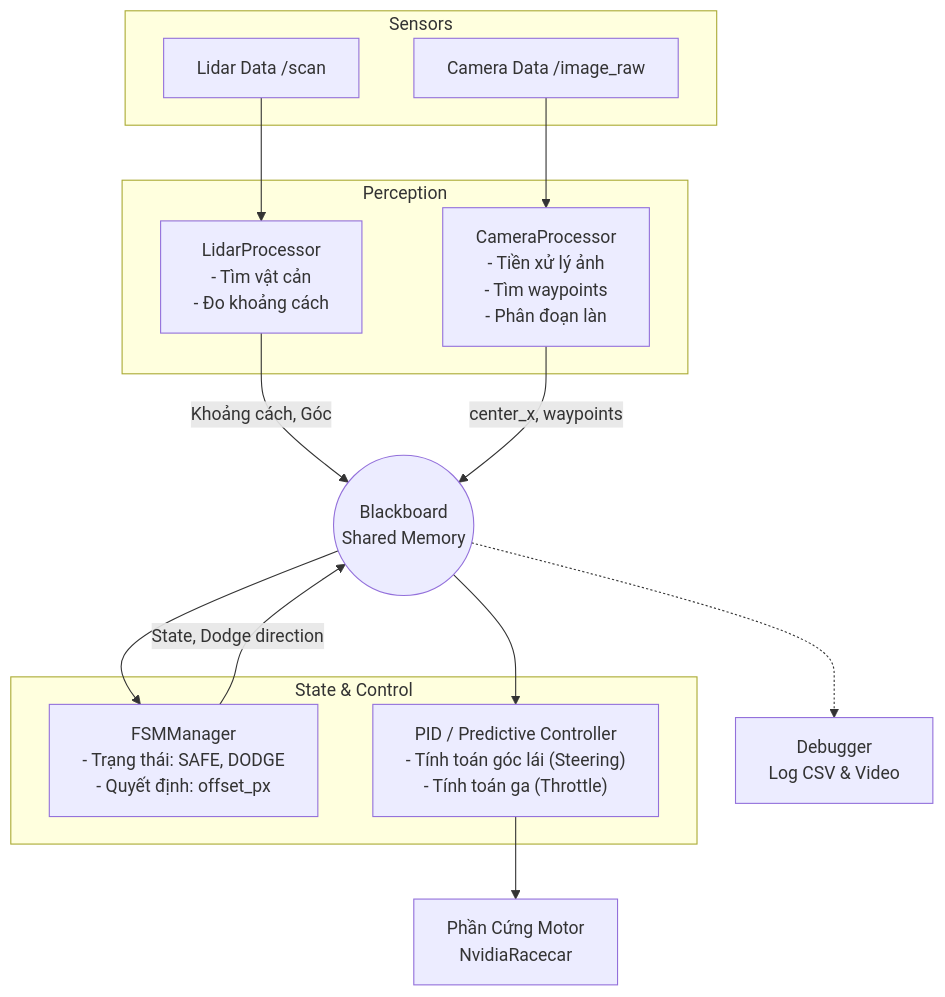
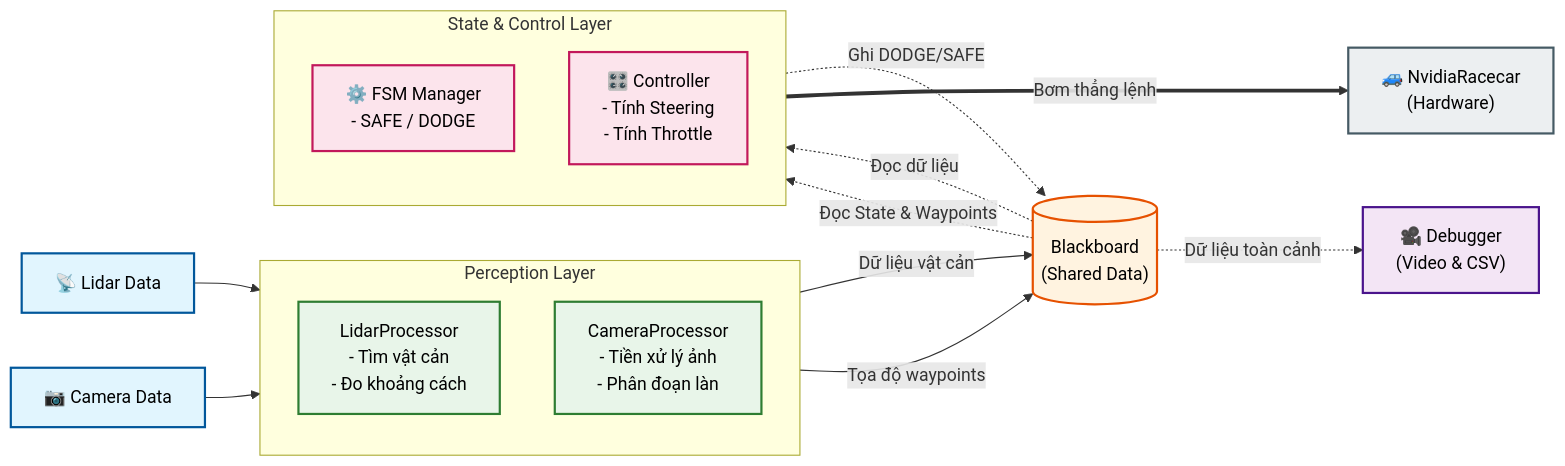
Before and after one commit to Tung-pro123/PromptEnginner: the first of 2 diagrams in analyze/tasks_architecture.md, drawn with Mermaid.

Commit message:
Update code

````diff
--- a/analyze/tasks_architecture.md
+++ b/analyze/tasks_architecture.md
@@ -12,35 +12,45 @@
 ```mermaid
-graph TD
-    subgraph Sensors
-        L["Lidar Data /scan"]
-        C["Camera Data /image_raw"]
+flowchart LR
+    %% Style (Màu sắc và viền)
+    classDef sensor fill:#e1f5fe,stroke:#01579b,stroke-width:2px,color:#000
+    classDef perceive fill:#e8f5e9,stroke:#2e7d32,stroke-width:2px,color:#000
+    classDef control fill:#fce4ec,stroke:#c2185b,stroke-width:2px,color:#000
+    classDef bb fill:#fff3e0,stroke:#e65100,stroke-width:2px,color:#000
+    classDef debug fill:#f3e5f5,stroke:#4a148c,stroke-width:2px,color:#000
+    classDef hw fill:#eceff1,stroke:#455a64,stroke-width:2px,color:#000
+
+    %% Nodes
+    Lidar["📡 Lidar Data"]:::sensor
+    Cam["📷 Camera Data"]:::sensor
+    BB[("Blackboard<br>(Shared Data)")]:::bb
+
+    subgraph Perception["Perception Layer"]
+        direction TB
+        LP["LidarProcessor<br>- Tìm vật cản<br>- Đo khoảng cách"]:::perceive
+        CP["CameraProcessor<br>- Tiền xử lý ảnh<br>- Phân đoạn làn"]:::perceive
     end
 
-    subgraph Perception
-        LP["LidarProcessor<br>- Tìm vật cản<br>- Đo khoảng cách"]
-        CP["CameraProcessor<br>- Tiền xử lý ảnh<br>- Tìm waypoints<br>- Phân đoạn làn"]
+    subgraph StateControl["State & Control Layer"]
+        direction TB
+        FSM["⚙️ FSM Manager<br>- SAFE / DODGE"]:::control
+        CTRL["🎛️ Controller<br>- Tính Steering<br>- Tính Throttle"]:::control
     end
 
-    subgraph State & Control
-        FSM["FSMManager<br>- Trạng thái: SAFE, DODGE<br>- Quyết định: offset_px"]
-        CTRL["PID / Predictive Controller<br>- Tính toán góc lái (Steering)<br>- Tính toán ga (Throttle)"]
-    end
+    Motor["🚙 NvidiaRacecar<br>(Hardware)"]:::hw
+    Debugger["🎥 Debugger<br>(Video & CSV)"]:::debug
+
+    %% Connections
+    Lidar --> LP
+    Cam --> CP
     
-    BB(("Blackboard<br>Shared Memory"))
+    LP -->|"Dữ liệu vật cản"| BB
+    CP -->|"Tọa độ waypoints"| BB
     
-    Motor["Phần Cứng Motor<br>NvidiaRacecar"]
-
-    L --> LP
-    C --> CP
+    BB -.->|"Đọc dữ liệu"| FSM
+    FSM -.->|"Ghi DODGE/SAFE"| BB
     
-    LP -->|"Khoảng cách, Góc"| BB
-    CP -->|"center_x, waypoints"| BB
+    BB -.->|"Đọc State & Waypoints"| CTRL
+    CTRL ===>|"Bơm thẳng lệnh"| Motor
     
-    BB --> FSM
-    FSM -->|"State, Dodge direction"| BB
-    
-    BB --> CTRL
-    CTRL --> Motor
-    
-    BB -.-> Debugger["Debugger<br>Log CSV & Video"]
+    BB -.->|"Dữ liệu toàn cảnh"| Debugger
 ```
````
